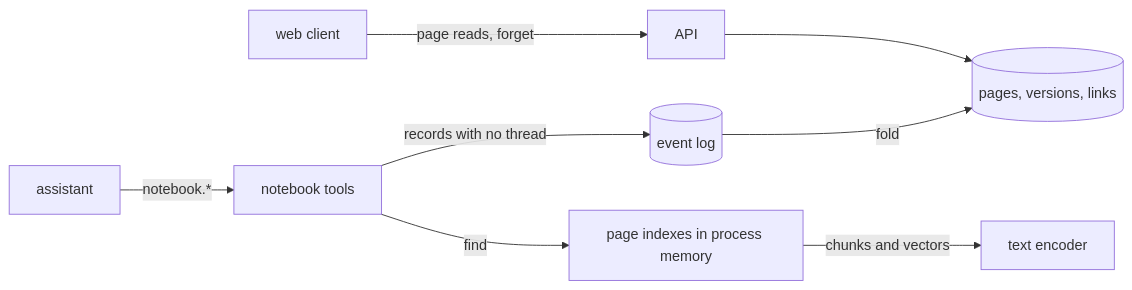
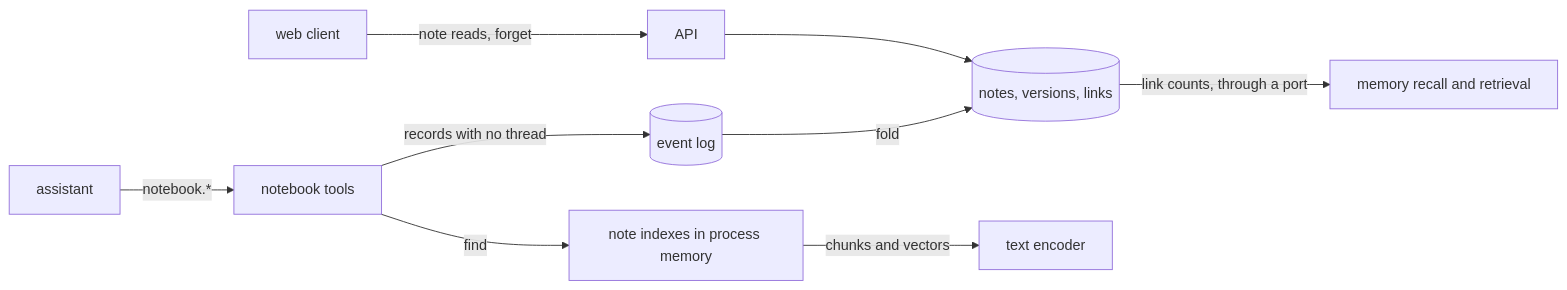
One commit to zgeoff/nixie changed the diagram in docs/design/queue/notebook.md. Above: the diagram before and after it, drawn with Mermaid. The commit also changed other lines of this file and 1 other file, not shown here.

Commit message:
docs(notebook): rename pages to notes and settle the feedback

````diff
--- a/docs/design/queue/notebook.md
+++ b/docs/design/queue/notebook.md
@@ -18,10 +19,11 @@
 ```mermaid
 flowchart LR
   model[assistant] -->|"notebook.*"| tools[notebook tools]
   tools -->|"records with no thread"| log[(event log)]
-  log -->|"fold"| tables[(pages, versions, links)]
-  tools -->|"find"| index[page indexes in process memory]
+  log -->|"fold"| tables[(notes, versions, links)]
+  tools -->|"find"| index[note indexes in process memory]
   index -->|"chunks and vectors"| encoder[text encoder]
-  web[web client] -->|"page reads, forget"| api[API]
+  tables -->|"link counts, through a port"| memory[memory recall and retrieval]
+  web[web client] -->|"note reads, forget"| api[API]
   api --> tables
 ```
````
